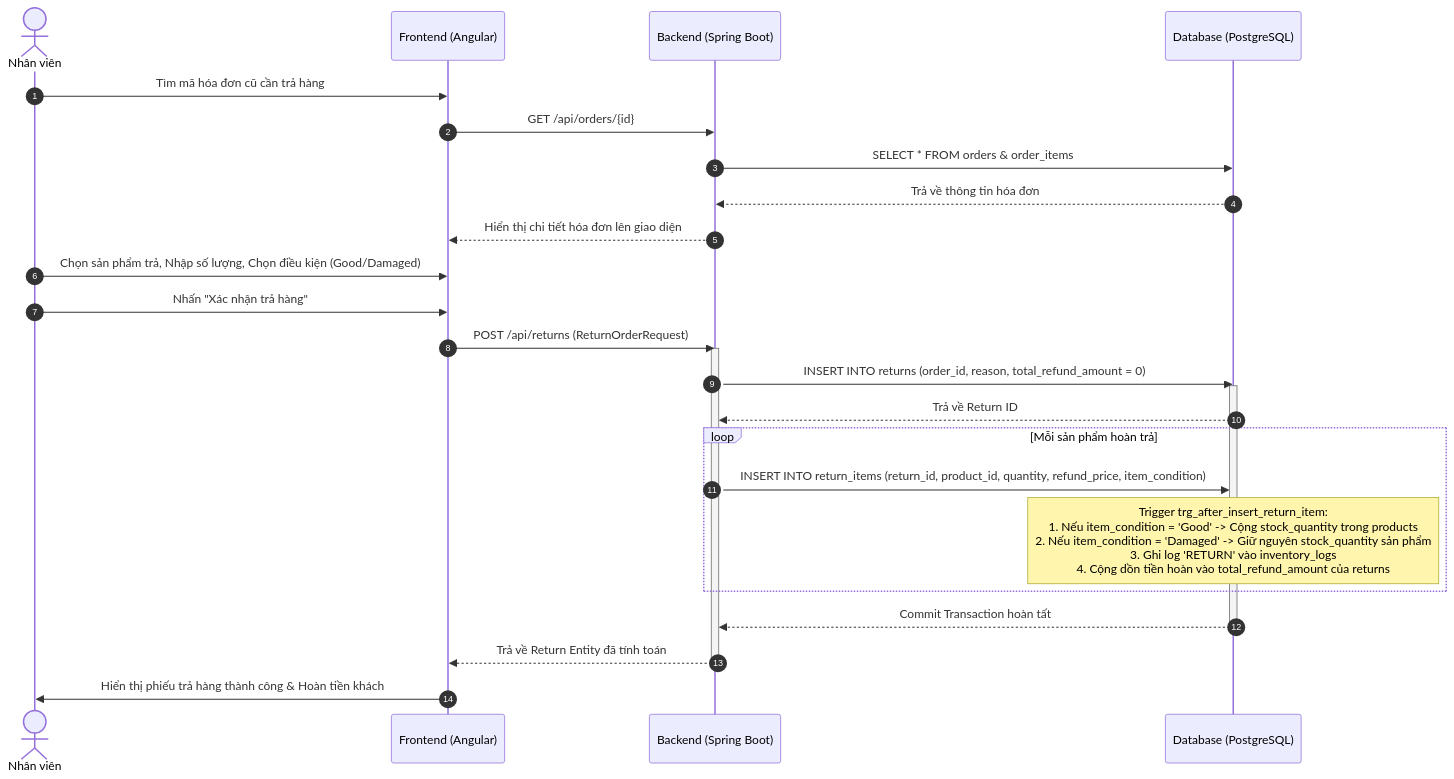
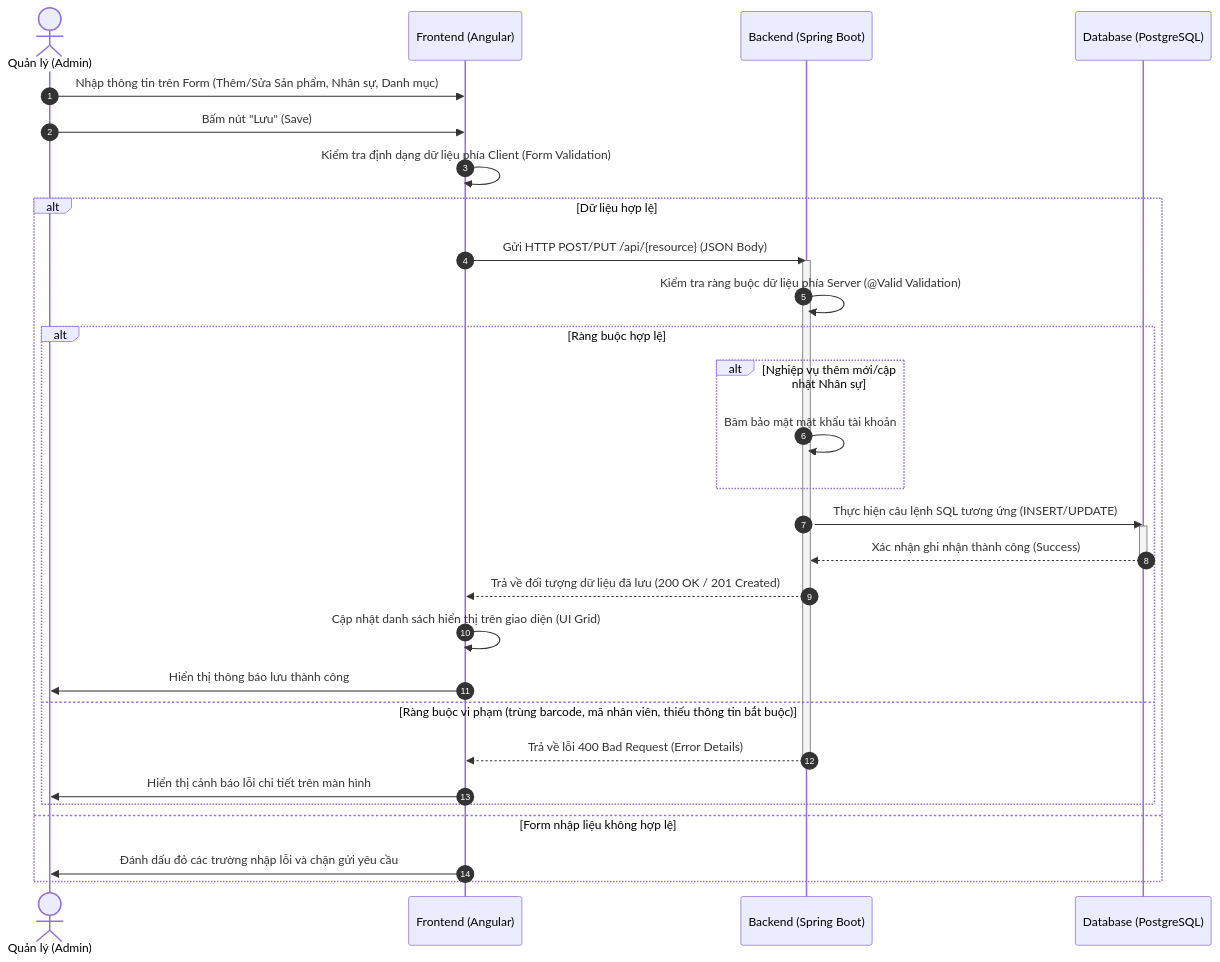
One commit to giahuy205/project2 changed the seventh of 7 diagrams in BaoCao_SmartStore.md. Above: the diagram before and after it, drawn with Mermaid. The commit also changed other lines of this file and 5 other files, not shown here.

Commit message:
sửa thêm danh mục

````diff
--- a/BaoCao_SmartStore.md
+++ b/BaoCao_SmartStore.md
@@ -749,30 +751,35 @@
 ```mermaid
 sequenceDiagram
     autonumber
-    actor Staff as Nhân viên
+    actor Admin as Quản lý (Admin)
     participant FE as Frontend (Angular)
     participant BE as Backend (Spring Boot)
     participant DB as Database (PostgreSQL)
 
-    Staff->>FE: Tìm mã hóa đơn cũ cần trả hàng
-    FE->>BE: GET /api/orders/{id}
-    BE->>DB: SELECT * FROM orders & order_items
-    DB-->>BE: Trả về thông tin hóa đơn
-    BE-->>FE: Hiển thị chi tiết hóa đơn lên giao diện
-    Staff->>FE: Chọn sản phẩm trả, Nhập số lượng, Chọn điều kiện (Good/Damaged)
-    Staff->>FE: Nhấn "Xác nhận trả hàng"
-    FE->>BE: POST /api/returns (ReturnOrderRequest)
-    activate BE
-    BE->>DB: INSERT INTO returns (order_id, reason, total_refund_amount = 0)
-    activate DB
-    DB-->>BE: Trả về Return ID
-    loop Mỗi sản phẩm hoàn trả
-        BE->>DB: INSERT INTO return_items (return_id, product_id, quantity, refund_price, item_condition)
-        Note over DB: Trigger trg_after_insert_return_item:<br>1. Nếu item_condition = 'Good' -> Cộng stock_quantity trong products<br>2. Nếu item_condition = 'Damaged' -> Giữ nguyên stock_quantity sản phẩm<br>3. Ghi log 'RETURN' vào inventory_logs<br>4. Cộng dồn tiền hoàn vào total_refund_amount của returns
+    Admin->>FE: Nhập thông tin trên Form (Thêm/Sửa Sản phẩm, Nhân sự, Danh mục)
+    Admin->>FE: Bấm nút "Lưu" (Save)
+    FE->>FE: Kiểm tra định dạng dữ liệu phía Client (Form Validation)
+    alt Dữ liệu hợp lệ
+        FE->>BE: Gửi HTTP POST/PUT /api/{resource} (JSON Body)
+        activate BE
+        BE->>BE: Kiểm tra ràng buộc dữ liệu phía Server (@Valid Validation)
+        alt Ràng buộc hợp lệ
+            alt Nghiệp vụ thêm mới/cập nhật Nhân sự
+                BE->>BE: Băm bảo mật mật khẩu tài khoản
+            end
+            BE->>DB: Thực hiện câu lệnh SQL tương ứng (INSERT/UPDATE)
+            activate DB
+            DB-->>BE: Xác nhận ghi nhận thành công (Success)
+            deactivate DB
+            BE-->>FE: Trả về đối tượng dữ liệu đã lưu (200 OK / 201 Created)
+            FE->>FE: Cập nhật danh sách hiển thị trên giao diện (UI Grid)
+            FE->>Admin: Hiển thị thông báo lưu thành công
+        else Ràng buộc vi phạm (trùng barcode, mã nhân viên, thiếu thông tin bắt buộc)
+            BE-->>FE: Trả về lỗi 400 Bad Request (Error Details)
+            deactivate BE
+            FE->>Admin: Hiển thị cảnh báo lỗi chi tiết trên màn hình
+        end
+    else Form nhập liệu không hợp lệ
+        FE->>Admin: Đánh dấu đỏ các trường nhập lỗi và chặn gửi yêu cầu
     end
-    DB-->>BE: Commit Transaction hoàn tất
-    deactivate DB
-    BE-->>FE: Trả về Return Entity đã tính toán
-    deactivate BE
-    FE->>Staff: Hiển thị phiếu trả hàng thành công & Hoàn tiền khách
 ```
````
